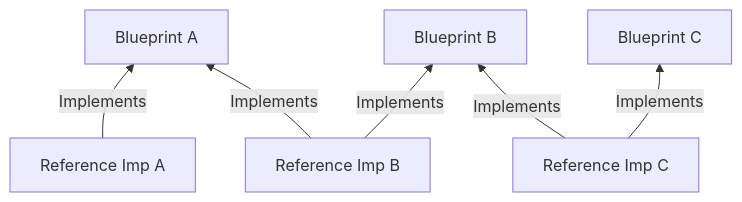
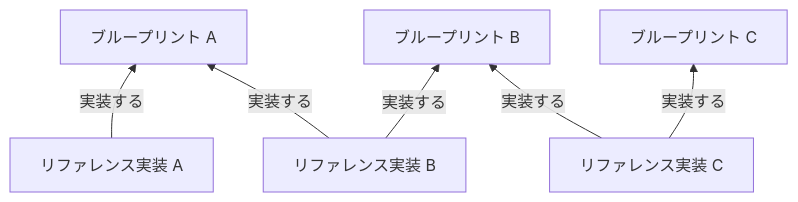
One commit to open-telemetry/opentelemetry.io changed the second of 4 diagrams in content/ja/blog/2026/blueprints-intro.md. Above: the diagram before and after it, drawn with Mermaid. The commit also changed other lines of this file, not shown here.

Commit message:
fix(ja): translate mermaid diagrams in blueprints-intro.md

````diff
--- a/content/ja/blog/2026/blueprints-intro.md
+++ b/content/ja/blog/2026/blueprints-intro.md
@@ -127,18 +127,18 @@
 ```mermaid
 flowchart BT
-    %% Define the nodes
-    BA[Blueprint A]
-    BB[Blueprint B]
-    BC[Blueprint C]
+    %% ノードを定義する
+    BA[ブループリント A]
+    BB[ブループリント B]
+    BC[ブループリント C]
 
-    RA[Reference Imp A]
-    RB[Reference Imp B]
-    RC[Reference Imp C]
+    RA[リファレンス実装 A]
+    RB[リファレンス実装 B]
+    RC[リファレンス実装 C]
 
-    %% Define the relationships
-    RA -->|Implements| BA
-    RB -->|Implements| BA
-    RB -->|Implements| BB
-    RC -->|Implements| BB
-    RC -->|Implements| BC
+    %% 関係を定義する
+    RA -->|実装する| BA
+    RB -->|実装する| BA
+    RB -->|実装する| BB
+    RC -->|実装する| BB
+    RC -->|実装する| BC
 ```
````
